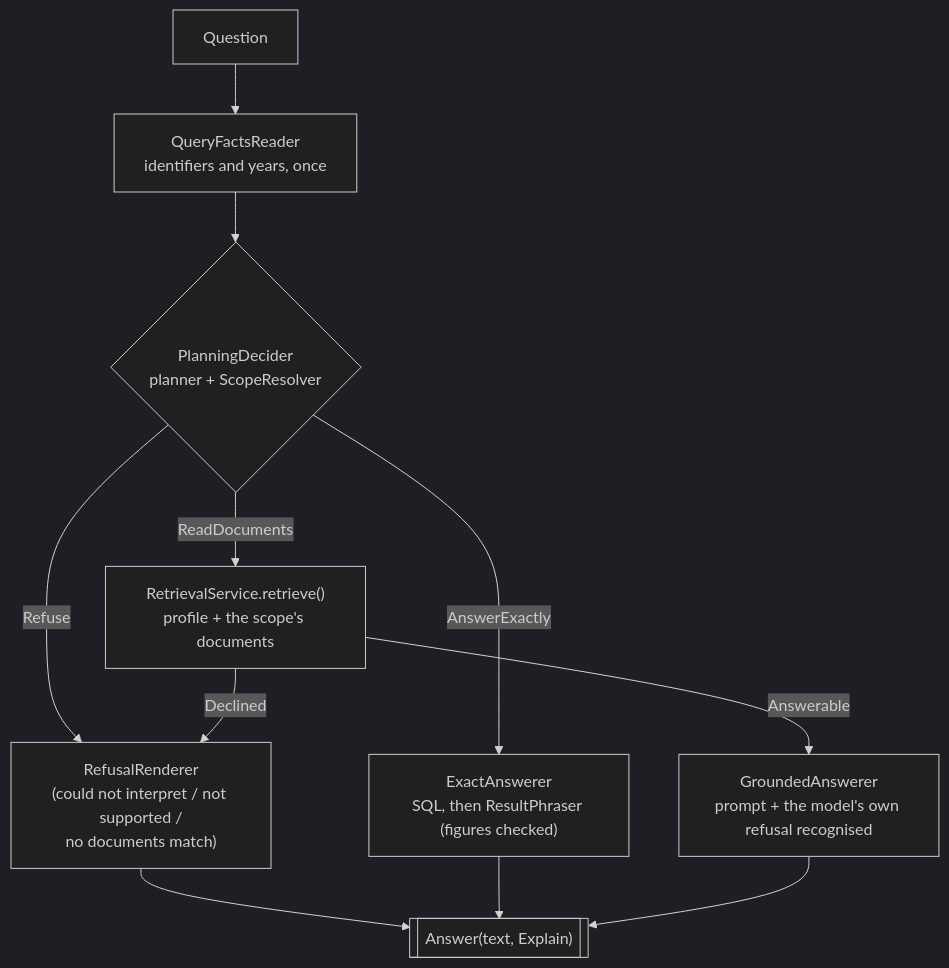
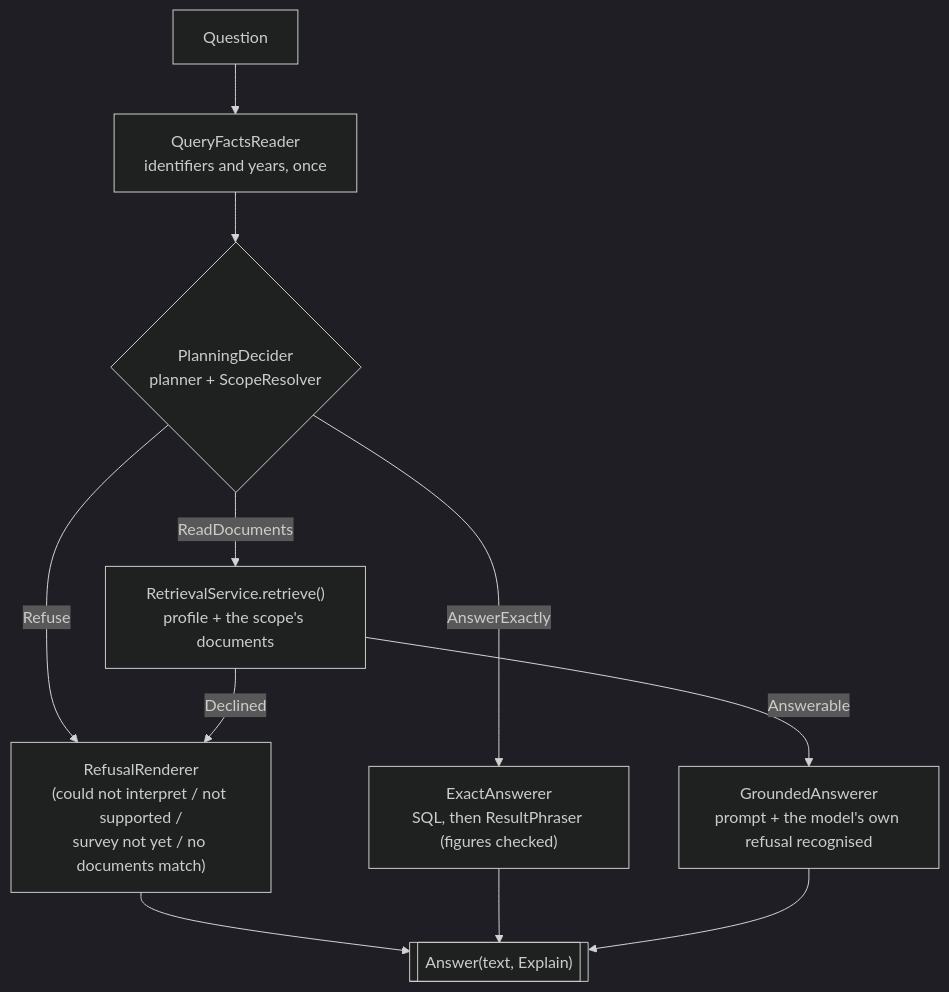
The second of 4 diagrams in docs/architecture.md (olythy/docs-agent), drawn with Mermaid (dark theme) before and after one commit. The commit also changed 13 other files, not shown here.

First line of the commit message:
feat(query): recognise questions about many documents and say plainly that they are not supported yet

````diff
--- a/docs/architecture.md
+++ b/docs/architecture.md
@@ -30,13 +30,13 @@
 ```mermaid
 flowchart TD
     Q[Question] --> FR["QueryFactsReader<br/>identifiers and years, once"]
     FR --> DEC{"PlanningDecider<br/>planner + ScopeResolver"}
-    DEC -- Refuse --> REF["RefusalRenderer<br/>(could not interpret / not supported /<br/>no documents match)"]
+    DEC -- Refuse --> REF["RefusalRenderer<br/>(could not interpret / not supported /<br/>survey not yet / no documents match)"]
     DEC -- AnswerExactly --> EXA["ExactAnswerer<br/>SQL, then ResultPhraser (figures checked)"]
     DEC -- ReadDocuments --> RET["RetrievalService.retrieve()<br/>profile + the scope's documents"]
     RET -- Declined --> REF
     RET -- Answerable --> GRO["GroundedAnswerer<br/>prompt + the model's own refusal recognised"]
     REF --> OUT[["Answer(text, Explain)"]]
     EXA --> OUT
     GRO --> OUT
 ```
````
